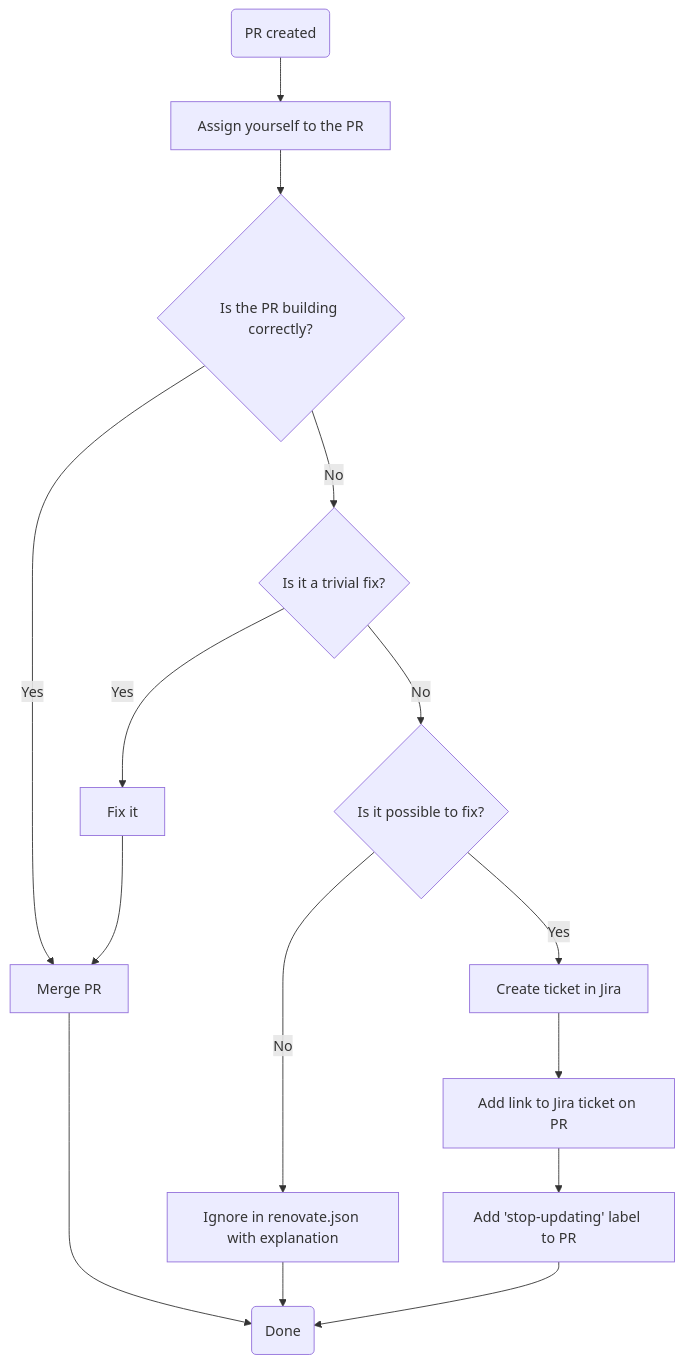
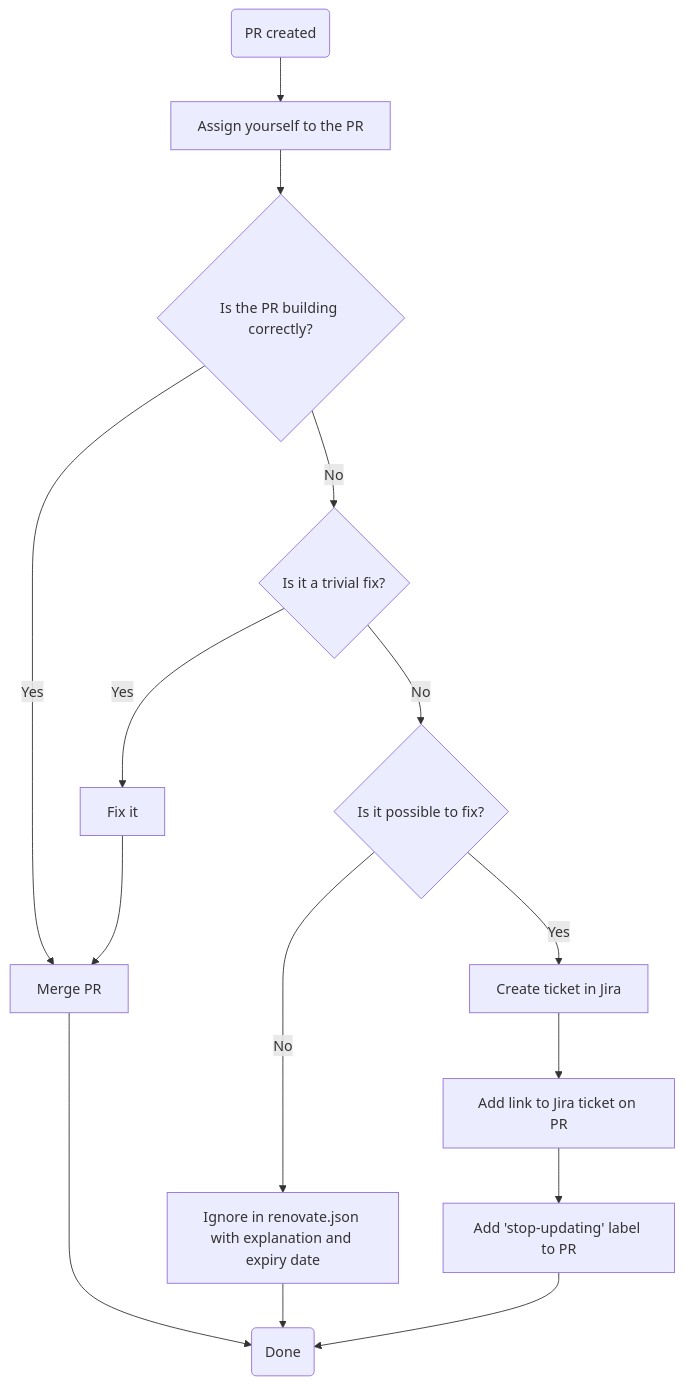
One commit to ministryofjustice/opg-lpa changed the diagram in docs/architecture/0014-implement-process-for-handling-renovate-prs.md. Above: the diagram before and after it, drawn with Mermaid. The commit also changed other lines of this file, not shown here.

Commit message:
Include info about expiry dates in renovate.json
#patch

````diff
--- a/docs/architecture/0014-implement-process-for-handling-renovate-prs.md
+++ b/docs/architecture/0014-implement-process-for-handling-renovate-prs.md
@@ -21,17 +21,17 @@
 ```mermaid
 graph TD
     START(PR created) --> ASSIGN[Assign yourself to the PR]
     ASSIGN --> BUILDS{Is the PR building correctly?}
     BUILDS -->|Yes| MERGE[Merge PR]
         MERGE --> END(Done)
     BUILDS -->|No| TRIVIAL{Is it a trivial fix?}
     TRIVIAL --> |Yes| FIX[Fix it]
         FIX --> MERGE
     TRIVIAL --> |No| CANFIX{Is it possible to fix?}
-    CANFIX --> |No| IGNORE[Ignore in renovate.json with explanation]
+    CANFIX --> |No| IGNORE[Ignore in renovate.json with explanation and expiry date]
         IGNORE --> END
     CANFIX --> |Yes| JIRA[Create ticket in Jira]
         JIRA --> PR_LINK[Add link to Jira ticket on PR]
         PR_LINK --> PR_LABEL[Add 'stop-updating' label to PR]
         PR_LABEL --> END
 ```
````
